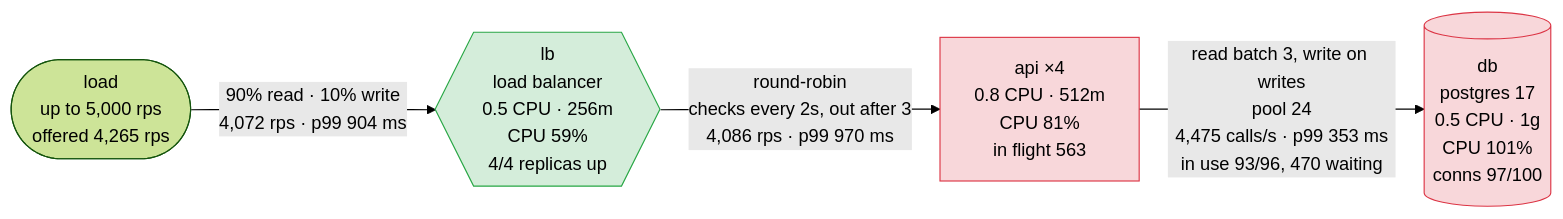
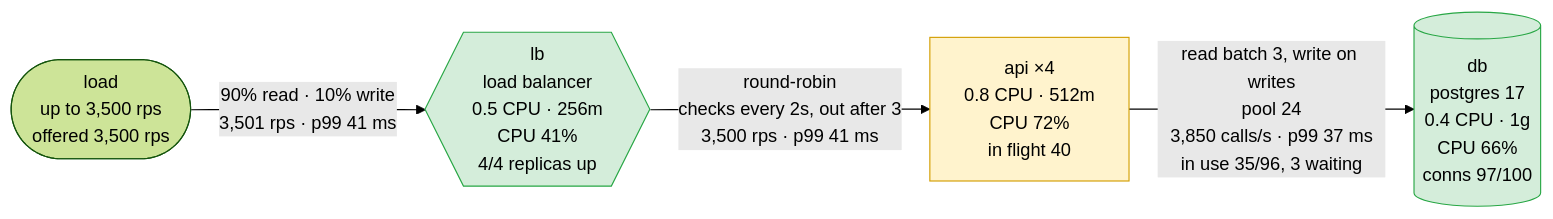
One commit to akinfemi/load-lore changed the first of 5 diagrams in scenarios/when-to-scale-your-database/solutions/one-query-per-page/report.md. Above: the diagram before and after it, drawn with Mermaid (forest theme). The commit also changed other lines of this file and 4 other files, not shown here.

First line of the commit message:
First scenario: reference runs at 0.4 CPU and 3,500 rps

````diff
--- a/scenarios/when-to-scale-your-database/solutions/one-query-per-page/report.md
+++ b/scenarios/when-to-scale-your-database/solutions/one-query-per-page/report.md
@@ -15,15 +17,15 @@
 ```mermaid
 flowchart LR
-    load(["load<br/>up to 5,000 rps<br/>offered 4,265 rps"])
-    lb{{"lb<br/>load balancer<br/>0.5 CPU · 256m<br/>CPU 59%<br/>4/4 replicas up"}}
-    api["api ×4<br/>0.8 CPU · 512m<br/>CPU 81%<br/>in flight 563"]
-    db[("db<br/>postgres 17<br/>0.5 CPU · 1g<br/>CPU 101%<br/>conns 97/100")]
-    load -->|"90% read · 10% write<br/>4,072 rps · p99 904 ms"| lb
-    lb -->|"round-robin<br/>checks every 2s, out after 3<br/>4,086 rps · p99 970 ms"| api
-    api -->|"read batch 3, write on writes<br/>pool 24<br/>4,475 calls/s · p99 353 ms<br/>in use 93/96, 470 waiting"| db
+    load(["load<br/>up to 3,500 rps<br/>offered 3,500 rps"])
+    lb{{"lb<br/>load balancer<br/>0.5 CPU · 256m<br/>CPU 41%<br/>4/4 replicas up"}}
+    api["api ×4<br/>0.8 CPU · 512m<br/>CPU 72%<br/>in flight 40"]
+    db[("db<br/>postgres 17<br/>0.4 CPU · 1g<br/>CPU 66%<br/>conns 97/100")]
+    load -->|"90% read · 10% write<br/>3,501 rps · p99 41 ms"| lb
+    lb -->|"round-robin<br/>checks every 2s, out after 3<br/>3,500 rps · p99 41 ms"| api
+    api -->|"read batch 3, write on writes<br/>pool 24<br/>3,850 calls/s · p99 37 ms<br/>in use 35/96, 3 waiting"| db
     classDef ok fill:#d4edda,stroke:#28a745,color:#000
     classDef warm fill:#fff3cd,stroke:#d39e00,color:#000
     classDef hot fill:#f8d7da,stroke:#dc3545,color:#000
-    class lb ok
-    class api,db hot
+    class lb,db ok
+    class api warm
 ```
````
